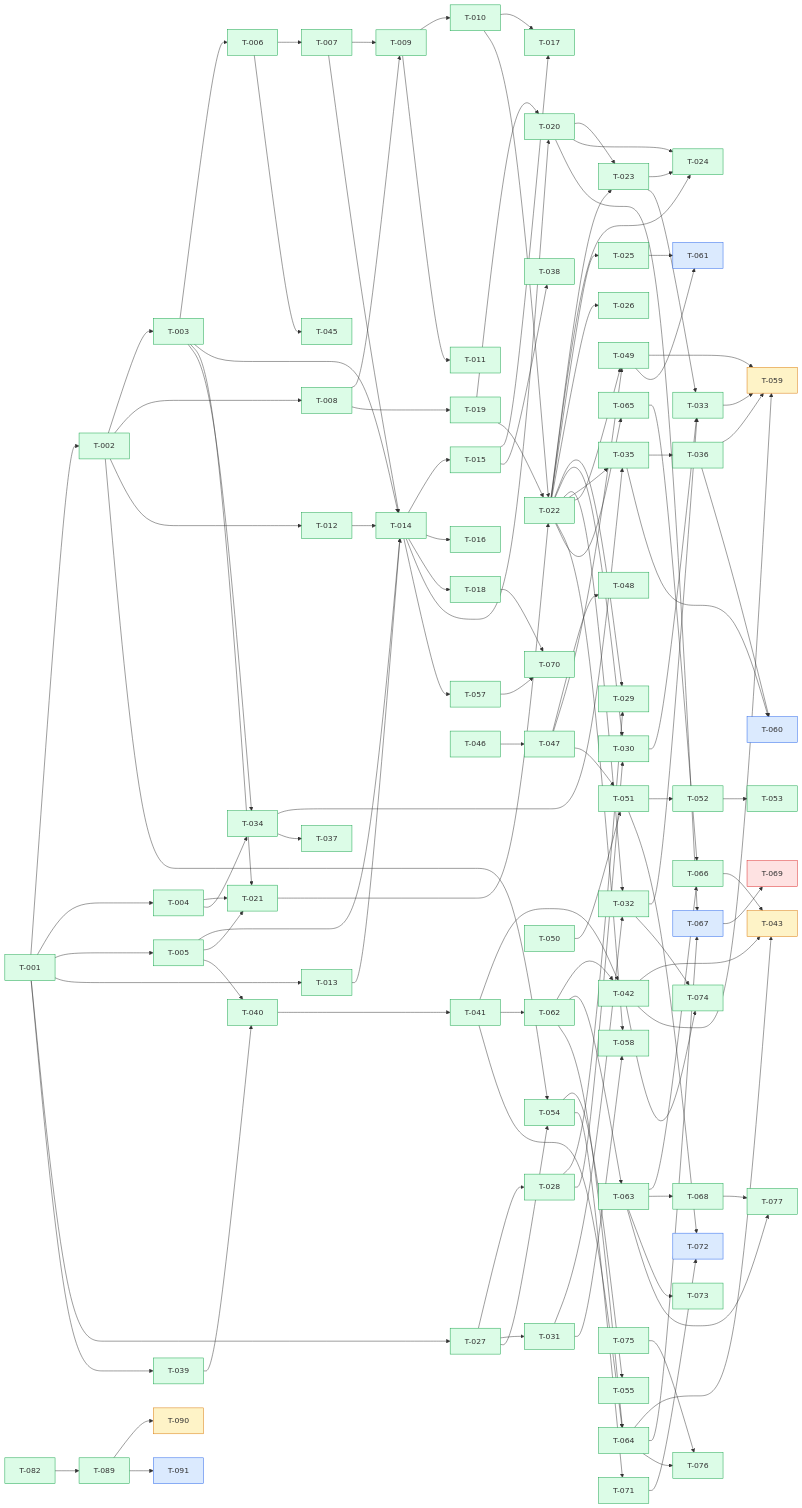
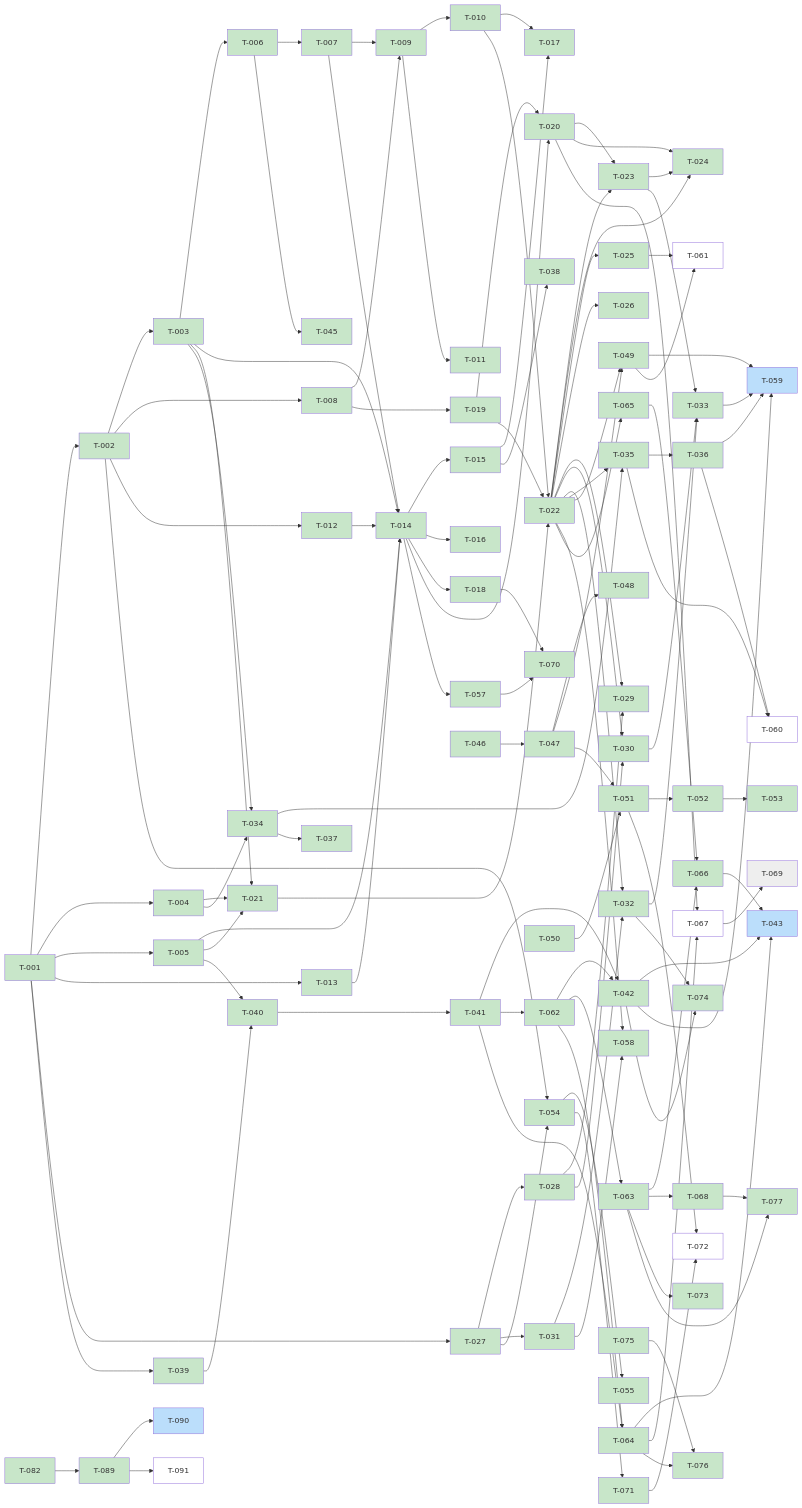
The diagram in kanban/BOARD.md (scholtz/biatec-chat), drawn with Mermaid before and after one commit. The commit also changed other lines of this file, not shown here.

Commit message:
kanban: sync board (merged tasks done, unblock dependants)

````diff
--- a/kanban/BOARD.md
+++ b/kanban/BOARD.md
@@ -243,101 +243,13 @@
   T082[T-082] --> T089[T-089]
   T089[T-089] --> T090[T-090]
   T089[T-089] --> T091[T-091]
-  classDef backlog fill:#dbeafe,stroke:#2563eb
-  classDef prog fill:#fef3c7,stroke:#d97706
-  classDef blocked fill:#fee2e2,stroke:#dc2626
-  classDef review fill:#ede9fe,stroke:#7c3aed
-  classDef done fill:#dcfce7,stroke:#16a34a
-  class T001 done
-  class T002 done
-  class T003 done
-  class T004 done
-  class T005 done
-  class T006 done
-  class T007 done
-  class T008 done
-  class T009 done
-  class T010 done
-  class T011 done
-  class T012 done
-  class T013 done
-  class T014 done
-  class T015 done
-  class T016 done
-  class T017 done
-  class T018 done
-  class T019 done
-  class T020 done
-  class T021 done
-  class T022 done
-  class T023 done
-  class T024 done
-  class T025 done
-  class T026 done
-  class T027 done
-  class T028 done
-  class T029 done
-  class T030 done
-  class T031 done
-  class T032 done
-  class T033 done
-  class T034 done
-  class T035 done
-  class T036 done
-  class T037 done
-  class T038 done
-  class T039 done
-  class T040 done
-  class T041 done
-  class T042 done
-  class T043 prog
-  class T044 done
-  class T045 done
-  class T046 done
-  class T047 done
-  class T048 done
-  class T049 done
-  class T050 done
-  class T051 done
-  class T052 done
-  class T053 done
-  class T054 done
-  class T055 done
-  class T056 done
-  class T057 done
-  class T058 done
-  class T059 prog
-  class T060 backlog
-  class T061 backlog
-  class T062 done
-  class T063 done
-  class T064 done
-  class T065 done
-  class T066 done
-  class T067 backlog
-  class T068 done
+  classDef done fill:#c8e6c9
+  classDef review fill:#fff9c4
+  classDef inprogress fill:#bbdefb
+  classDef backlog fill:#ffffff
+  classDef blocked fill:#eeeeee
+  class T001,T002,T003,T004,T005,T006,T007,T008,T009,T010,T011,T012,T013,T014,T015,T016,T017,T018,T019,T020,T021,T022,T023,T024,T025,T026,T027,T028,T029,T030,T031,T032,T033,T034,T035,T036,T037,T038,T039,T040,T041,T042,T044,T045,T046,T047,T048,T049,T050,T051,T052,T053,T054,T055,T056,T057,T058,T062,T063,T064,T065,T066,T068,T070,T071,T073,T074,T075,T076,T077,T078,T079,T080,T082,T084,T089 done
+  class T059,T090,T043,T081,T083 inprogress
+  class T072,T087,T088,T060,T061,T067,T085,T086,T091 backlog
   class T069 blocked
-  class T070 done
-  class T071 done
-  class T072 backlog
-  class T073 done
-  class T074 done
-  class T075 done
-  class T076 done
-  class T077 done
-  class T078 done
-  class T079 done
-  class T080 done
-  class T081 prog
-  class T082 done
-  class T083 prog
-  class T084 done
-  class T085 backlog
-  class T086 backlog
-  class T087 backlog
-  class T088 backlog
-  class T089 done
-  class T090 prog
-  class T091 backlog
-
 ```
````
